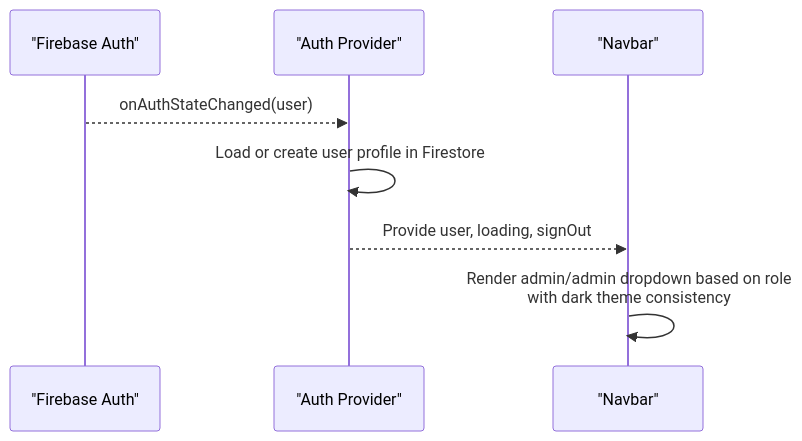
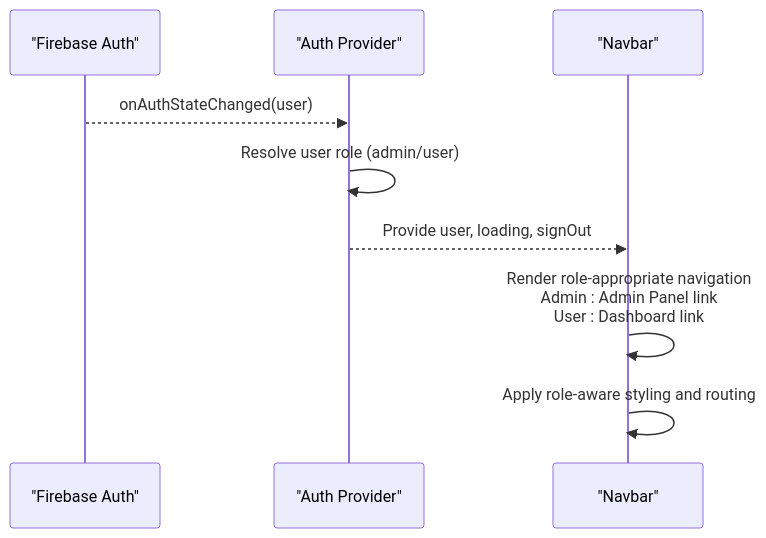
The seventh of 8 diagrams in .qoder/repowiki/en/content/UI Components/Layout Components.md (alikizang/datafrica), drawn with Mermaid before and after one commit. The commit also changed other lines of this file and 21 other files, not shown here.

````diff
--- a/.qoder/repowiki/en/content/UI Components/Layout Components.md
+++ b/.qoder/repowiki/en/content/UI Components/Layout Components.md
@@ -341,10 +421,11 @@
 ```mermaid
 sequenceDiagram
 participant FB as "Firebase Auth"
 participant AP as "Auth Provider"
 participant NB as "Navbar"
 FB-->>AP : onAuthStateChanged(user)
-AP->>AP : Load or create user profile in Firestore
+AP->>AP : Resolve user role (admin/user)
 AP-->>NB : Provide user, loading, signOut
-NB->>NB : Render admin/admin dropdown based on role<br/>with dark theme consistency
+NB->>NB : Render role-appropriate navigation<br/>Admin : Admin Panel link<br/>User : Dashboard link
+NB->>NB : Apply role-aware styling and routing
 ```
````
